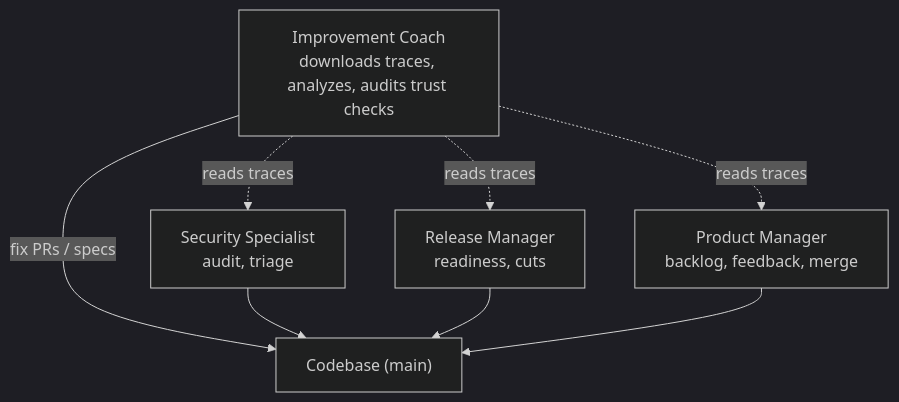
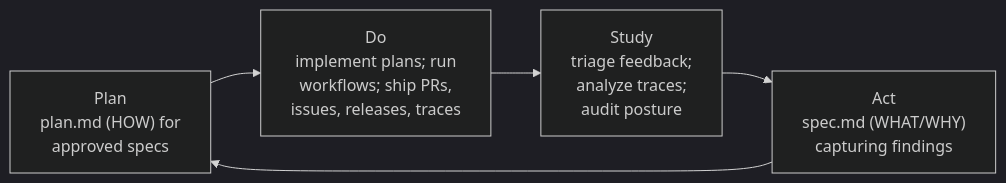
One commit to forwardimpact/pathway changed the second of 3 diagrams in CONTINUOUS_IMPROVEMENT.md. Above: the diagram before and after it, drawn with Mermaid (dark theme). The commit also changed other lines of this file, not shown here.

First line of the commit message:
docs(continuous-improvement): adopt PDSA framing for agent architecture

````diff
--- a/CONTINUOUS_IMPROVEMENT.md
+++ b/CONTINUOUS_IMPROVEMENT.md
@@ -73,16 +70,9 @@
 ```mermaid
-graph TD
-    IC["Improvement Coach<br/>downloads traces, analyzes, audits trust checks"]
-    SE["Security Specialist<br/>audit, triage"]
-    RE["Release Manager<br/>readiness, cuts"]
-    PM["Product Manager<br/>backlog, feedback, merge"]
-    CB["Codebase (main)"]
+graph LR
+    P["Plan<br/>plan.md (HOW) for<br/>approved specs"]
+    D["Do<br/>implement plans; run<br/>workflows; ship PRs,<br/>issues, releases, traces"]
+    S["Study<br/>triage feedback;<br/>analyze traces;<br/>audit posture"]
+    A["Act<br/>spec.md (WHAT/WHY)<br/>capturing findings"]
 
-    IC -- "fix PRs / specs" --> CB
-    IC -. "reads traces" .-> SE
-    IC -. "reads traces" .-> RE
-    IC -. "reads traces" .-> PM
-    SE --> CB
-    RE --> CB
-    PM --> CB
+    P --> D --> S --> A --> P
 ```
````
